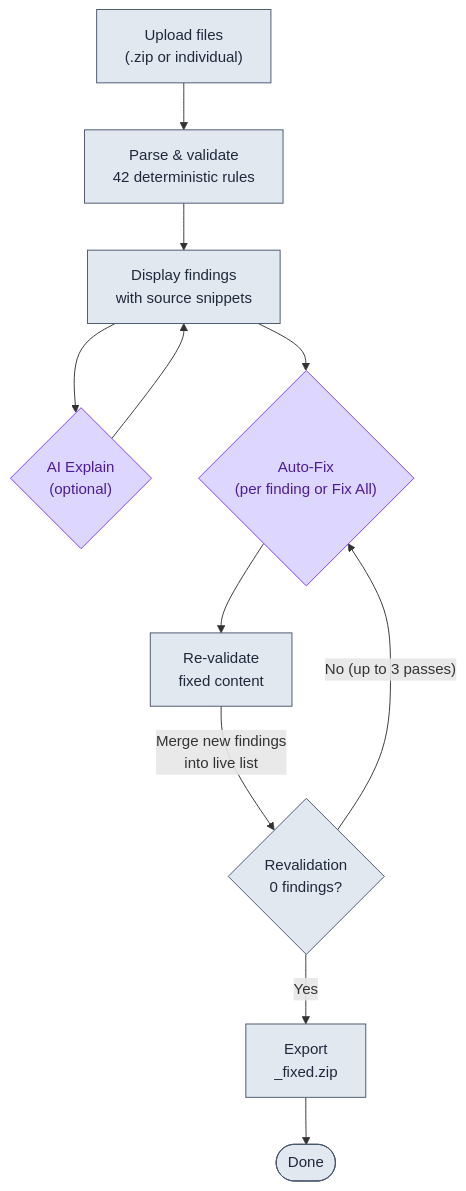
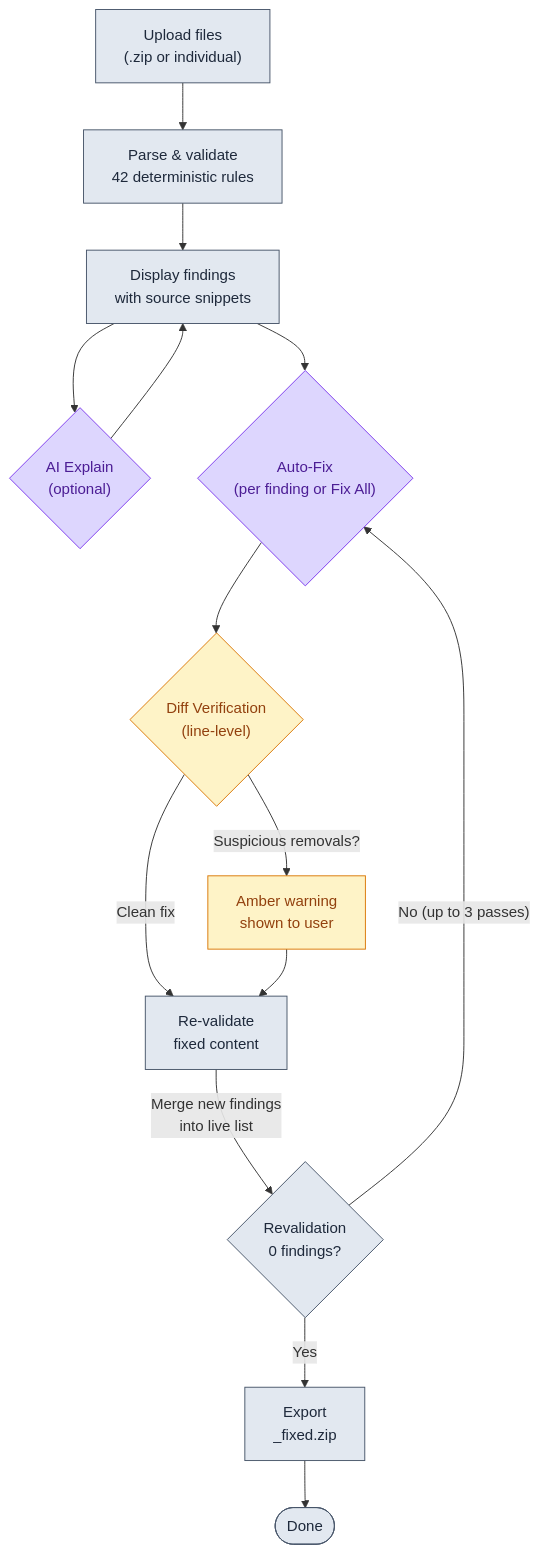
Before and after one commit to snedea/ArcaneAuditor: the second of 2 diagrams in README.md, drawn with Mermaid. The commit also changed other lines of this file, not shown here.

Commit message:
docs: add diff verification to README flowchart and feature list
Updates the deterministic sandwich diagram, step table, feature list,
and architecture description to cover the new diff-based fix
verification layer (amber warnings on suspicious code removal).

````diff
--- a/README.md
+++ b/README.md
@@ -309,23 +309,28 @@
 ```mermaid
 flowchart TD
     A["Upload files\n(.zip or individual)"] --> B["Parse & validate\n42 deterministic rules"]
     B --> C["Display findings\nwith source snippets"]
     C --> D{"AI Explain\n(optional)"}
     D --> C
     C --> E{"Auto-Fix\n(per finding or Fix All)"}
-    E --> F["Re-validate\nfixed content"]
+    E --> V{"Diff Verification\n(line-level)"}
+    V -->|"Suspicious removals?"| W["Amber warning\nshown to user"]
+    V -->|"Clean fix"| F["Re-validate\nfixed content"]
+    W --> F
     F -->|"Merge new findings\ninto live list"| G{"Revalidation\n0 findings?"}
     G -- "No (up to 3 passes)" --> E
     G -- Yes --> H["Export\n_fixed.zip"]
     H --> I(["Done"])
 
     style A fill:#e2e8f0,stroke:#475569,color:#1e293b
     style B fill:#e2e8f0,stroke:#475569,color:#1e293b
     style C fill:#e2e8f0,stroke:#475569,color:#1e293b
     style F fill:#e2e8f0,stroke:#475569,color:#1e293b
     style H fill:#e2e8f0,stroke:#475569,color:#1e293b
     style D fill:#ddd6fe,stroke:#7c3aed,color:#4c1d95
     style E fill:#ddd6fe,stroke:#7c3aed,color:#4c1d95
+    style V fill:#fef3c7,stroke:#d97706,color:#92400e
+    style W fill:#fef3c7,stroke:#d97706,color:#92400e
     style G fill:#e2e8f0,stroke:#475569,color:#1e293b
     style I fill:#e2e8f0,stroke:#475569,color:#1e293b
 ```
````
